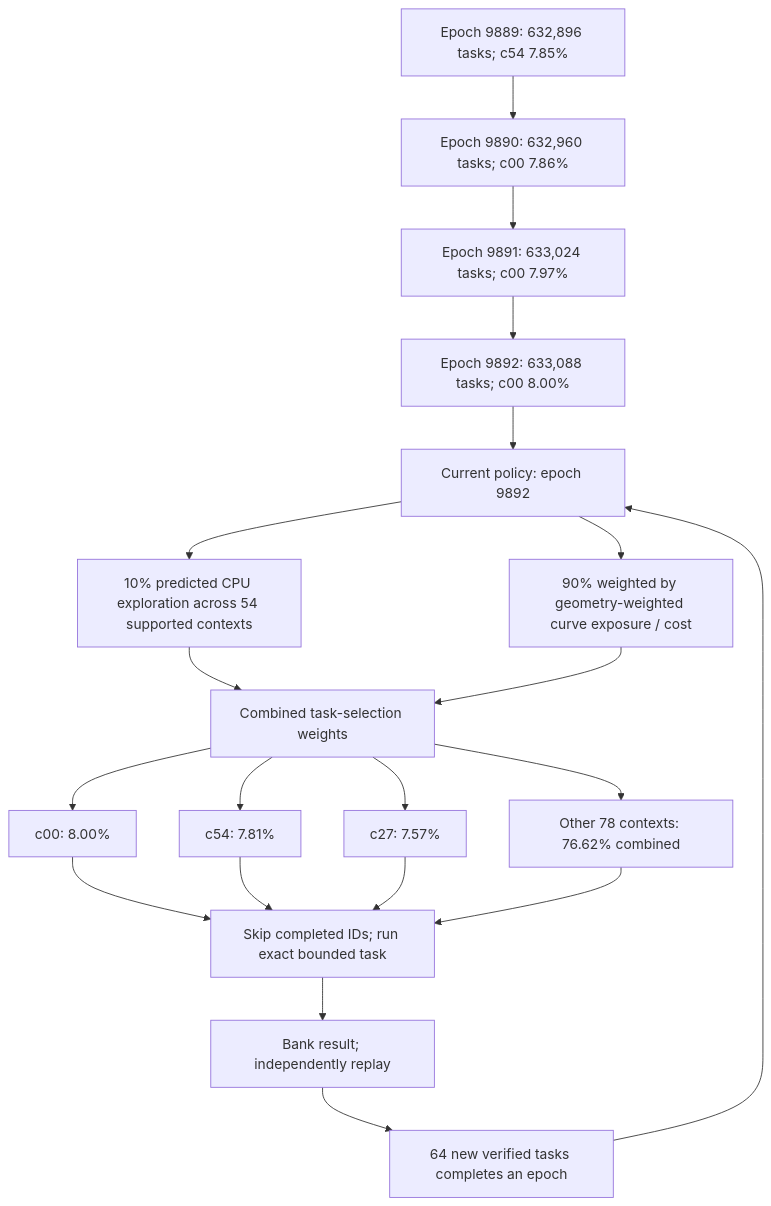
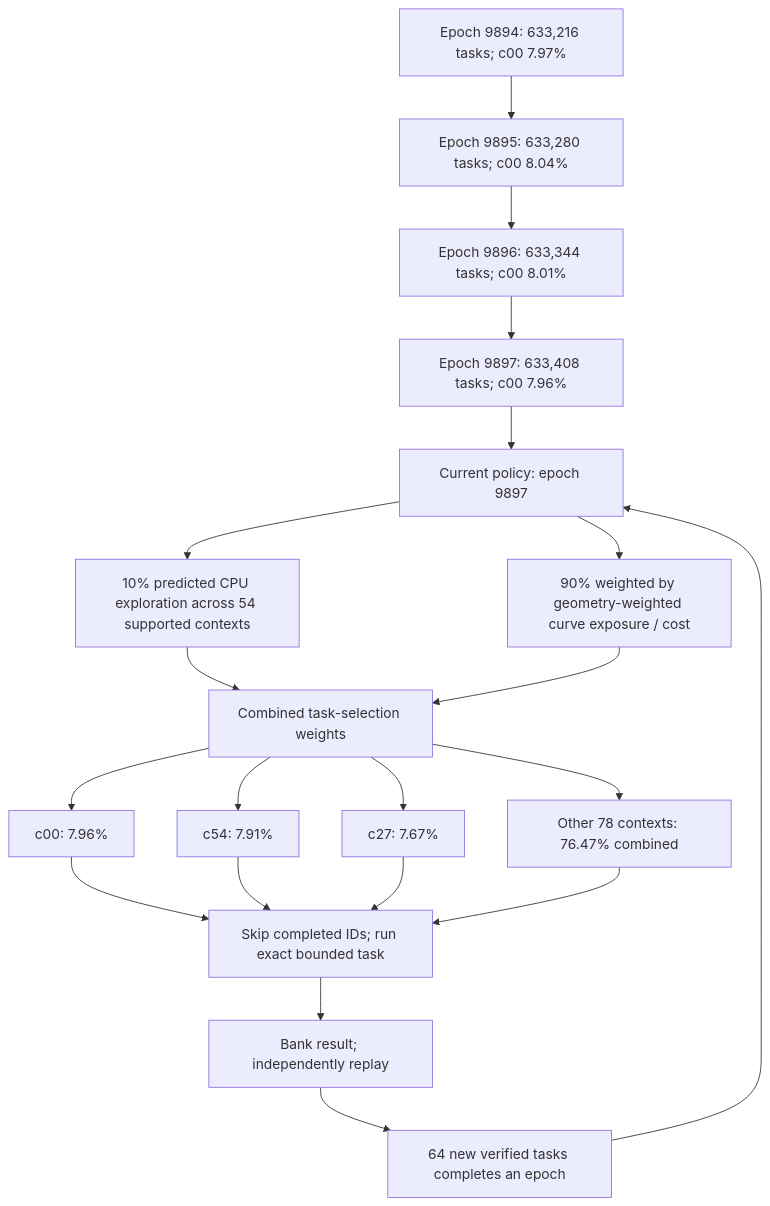
The first of 4 diagrams in README.md (Kuberwastaken/math-gambling), drawn with Mermaid before and after one commit. The commit also changed other lines of this file and 714 other files, not shown here.

````diff
--- a/README.md
+++ b/README.md
@@ -60,27 +60,27 @@
 ```mermaid
 flowchart TD
-    H0["Epoch 9889: 632,896 tasks; c54 7.85%"]
-    H1["Epoch 9890: 632,960 tasks; c00 7.86%"]
+    H0["Epoch 9894: 633,216 tasks; c00 7.97%"]
+    H1["Epoch 9895: 633,280 tasks; c00 8.04%"]
     H0 --> H1
-    H2["Epoch 9891: 633,024 tasks; c00 7.97%"]
+    H2["Epoch 9896: 633,344 tasks; c00 8.01%"]
     H1 --> H2
-    H3["Epoch 9892: 633,088 tasks; c00 8.00%"]
+    H3["Epoch 9897: 633,408 tasks; c00 7.96%"]
     H2 --> H3
-    Policy["Current policy: epoch 9892"]
+    Policy["Current policy: epoch 9897"]
     H3 --> Policy
     Policy --> Explore["10% predicted CPU exploration across 54 supported contexts"]
     Policy --> Cost["90% weighted by geometry-weighted curve exposure / cost"]
     Explore --> Mix["Combined task-selection weights"]
     Cost --> Mix
-    Mix --> C0["c00: 8.00%"]
-    Mix --> C1["c54: 7.81%"]
-    Mix --> C2["c27: 7.57%"]
-    Mix --> Rest["Other 78 contexts: 76.62% combined"]
+    Mix --> C0["c00: 7.96%"]
+    Mix --> C1["c54: 7.91%"]
+    Mix --> C2["c27: 7.67%"]
+    Mix --> Rest["Other 78 contexts: 76.47% combined"]
     C0 --> Check["Skip completed IDs; run exact bounded task"]
     C1 --> Check
     C2 --> Check
     Rest --> Check
     Check --> Replay["Bank result; independently replay"]
     Replay --> Gate["64 new verified tasks completes an epoch"]
     Gate --> Policy
 ```
````
